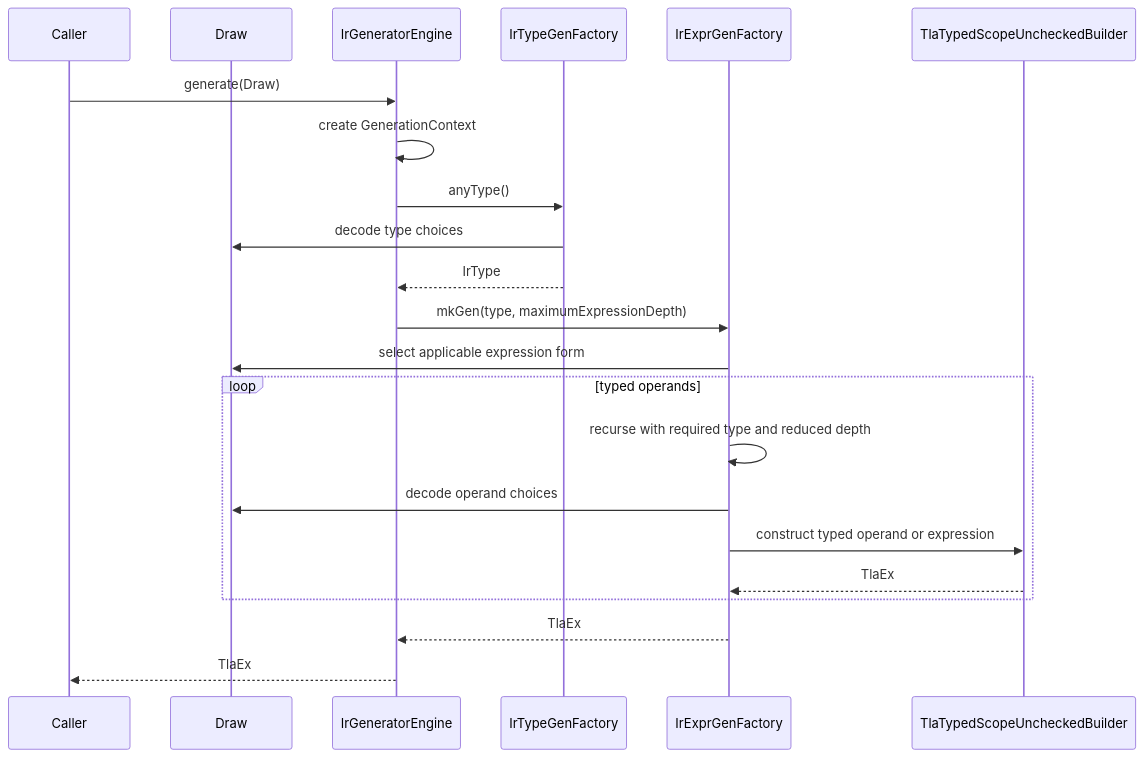
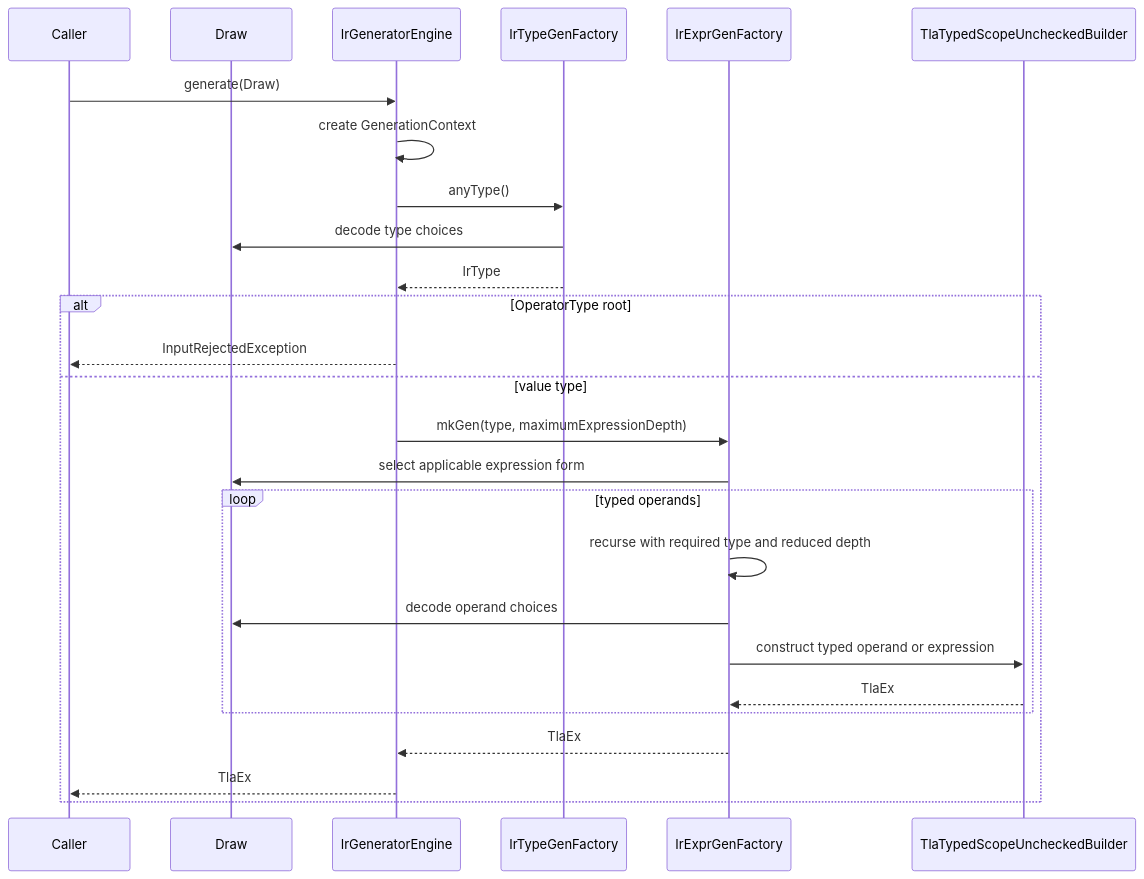
Before and after one commit to tlaplus/model-checker-hardening: the diagram in docs/architecture/ir-generators.md, drawn with Mermaid. The commit also changed other lines of this file and 3 other files, not shown here.

````diff
--- a/docs/architecture/ir-generators.md
+++ b/docs/architecture/ir-generators.md
@@ -67,25 +67,29 @@
 ```mermaid
 sequenceDiagram
     participant Caller
     participant Draw
     participant Engine as IrGeneratorEngine
     participant Types as IrTypeGenFactory
     participant Exprs as IrExprGenFactory
     participant Builder as TlaTypedScopeUncheckedBuilder
 
     Caller->>Engine: generate(Draw)
     Engine->>Engine: create GenerationContext
     Engine->>Types: anyType()
     Types->>Draw: decode type choices
     Types-->>Engine: IrType
-    Engine->>Exprs: mkGen(type, maximumExpressionDepth)
-    Exprs->>Draw: select applicable expression form
-    loop typed operands
-        Exprs->>Exprs: recurse with required type and reduced depth
-        Exprs->>Draw: decode operand choices
-        Exprs->>Builder: construct typed operand or expression
-        Builder-->>Exprs: TlaEx
+    alt OperatorType root
+        Engine-->>Caller: InputRejectedException
+    else value type
+        Engine->>Exprs: mkGen(type, maximumExpressionDepth)
+        Exprs->>Draw: select applicable expression form
+        loop typed operands
+            Exprs->>Exprs: recurse with required type and reduced depth
+            Exprs->>Draw: decode operand choices
+            Exprs->>Builder: construct typed operand or expression
+            Builder-->>Exprs: TlaEx
+        end
+        Exprs-->>Engine: TlaEx
+        Engine-->>Caller: TlaEx
     end
-    Exprs-->>Engine: TlaEx
-    Engine-->>Caller: TlaEx
 ```
````
